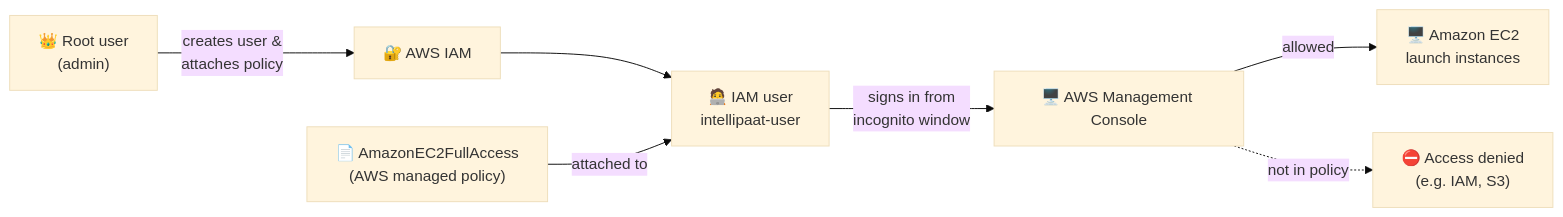
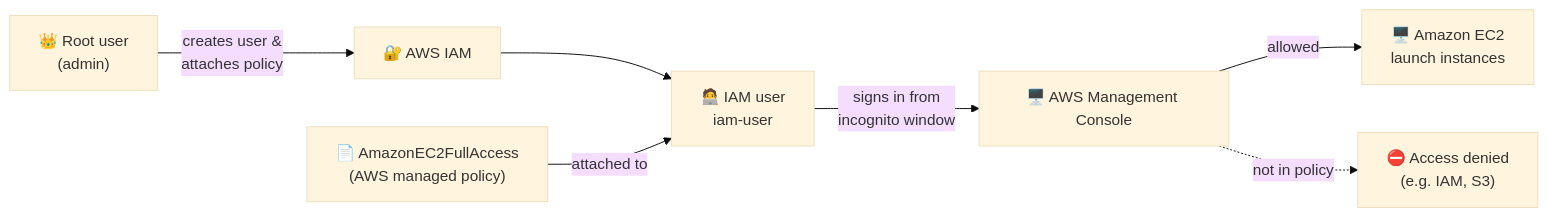
Before and after one commit to miraclechinwe/aws-cloud-labs: the first of 5 diagrams in 05-iam-user-console-access/README.md, drawn with Mermaid (base theme). The commit also changed other lines of this file and 2 other files, not shown here.

First line of the commit message:
Tidy IAM labs and main README

````diff
--- a/05-iam-user-console-access/README.md
+++ b/05-iam-user-console-access/README.md
@@ -31,9 +31,9 @@
 ```mermaid
 flowchart LR
     Root["👑 Root user<br/>(admin)"] -->|creates user &<br/>attaches policy| IAM["🔐 AWS IAM"]
-    IAM --> User["🧑‍💻 IAM user<br/>intellipaat-user"]
+    IAM --> User["🧑‍💻 IAM user<br/>iam-user"]
     Policy["📄 AmazonEC2FullAccess<br/>(AWS managed policy)"] -->|attached to| User
     User -->|signs in from<br/>incognito window| Console["🖥️ AWS Management Console"]
     Console -->|allowed| EC2["🖥️ Amazon EC2<br/>launch instances"]
     Console -.->|not in policy| Denied["⛔ Access denied<br/>(e.g. IAM, S3)"]
 ```
````
